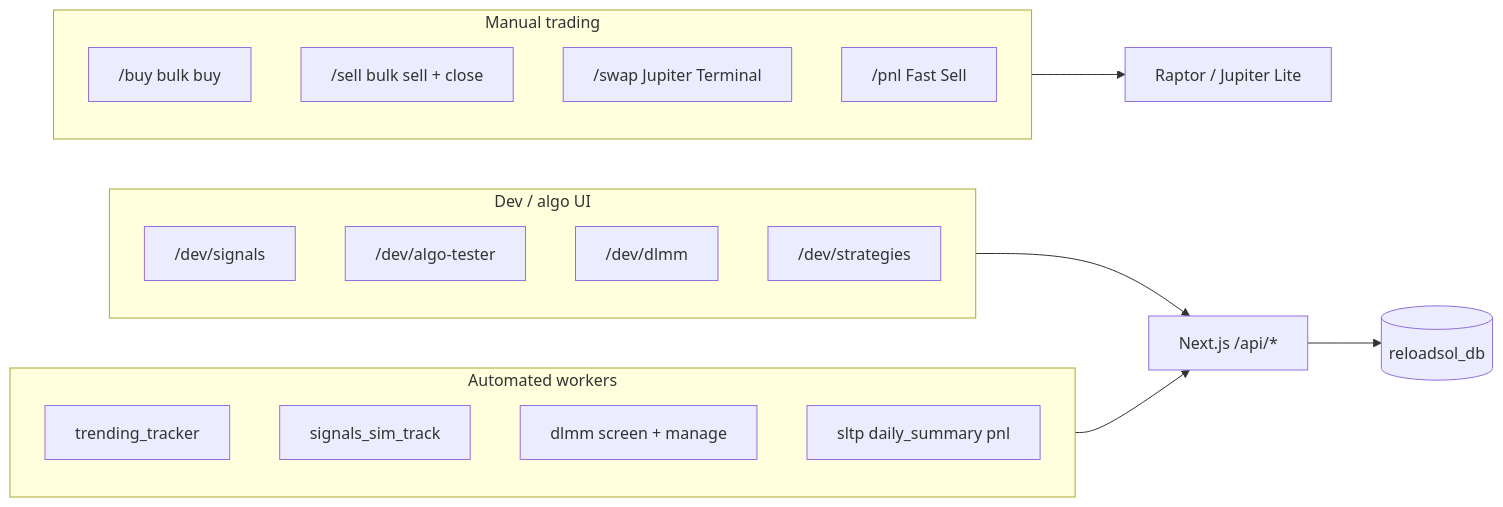
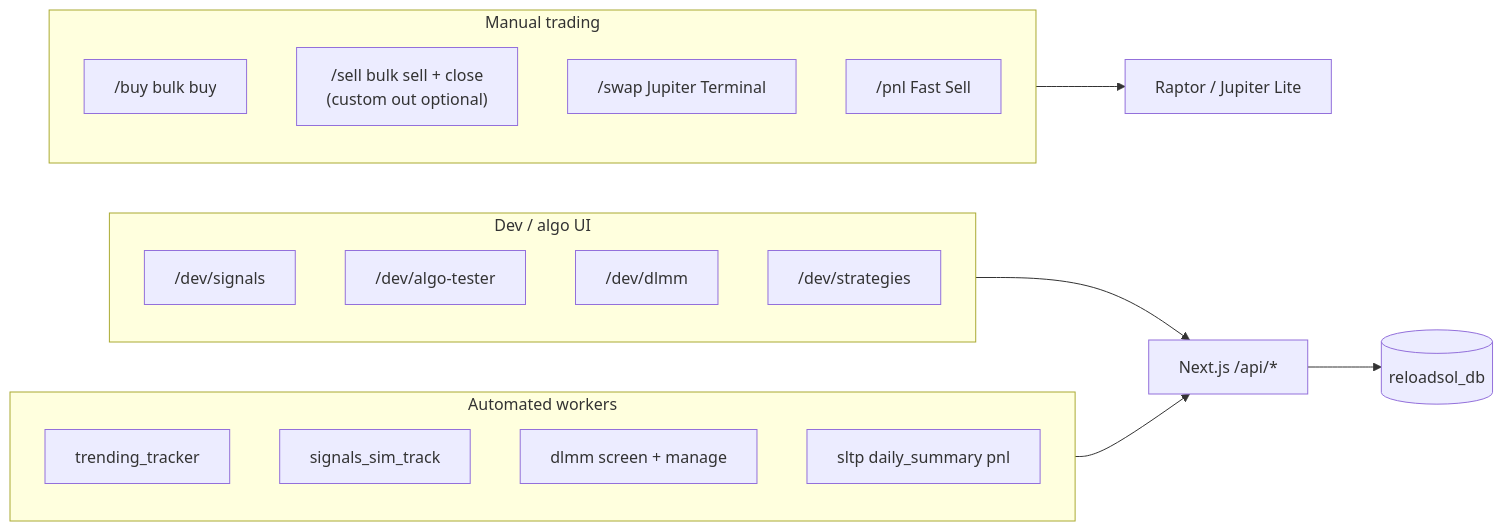
Before and after one commit to studentofcoding/reloadsol: the second of 3 diagrams in docs/architecture.md, drawn with Mermaid. The commit also changed 15 other files, not shown here.

First line of the commit message:
Let full /sell reload many tokens into one custom mint.

````diff
--- a/docs/architecture.md
+++ b/docs/architecture.md
@@ -70,28 +70,28 @@
 ```mermaid
 flowchart LR
   subgraph manual [Manual trading]
     Buy["/buy bulk buy"]
-    Sell["/sell bulk sell + close"]
+    Sell["/sell bulk sell + close\n(custom out optional)"]
     Swap["/swap Jupiter Terminal"]
     PnL["/pnl Fast Sell"]
   end
 
   subgraph dev [Dev / algo UI]
     Signals["/dev/signals"]
     Algo["/dev/algo-tester"]
     DLMM["/dev/dlmm"]
     Strategies["/dev/strategies"]
   end
 
   subgraph auto [Automated workers]
     Trending[trending_tracker]
     SignalsSim[signals_sim_track]
     DLMMCron[dlmm screen + manage]
     Infra[sltp daily_summary pnl]
   end
 
   manual --> Raptor[Raptor / Jupiter Lite]
   dev --> API[Next.js /api/*]
   auto --> API
   API --> Postgres[(reloadsol_db)]
 ```
````
